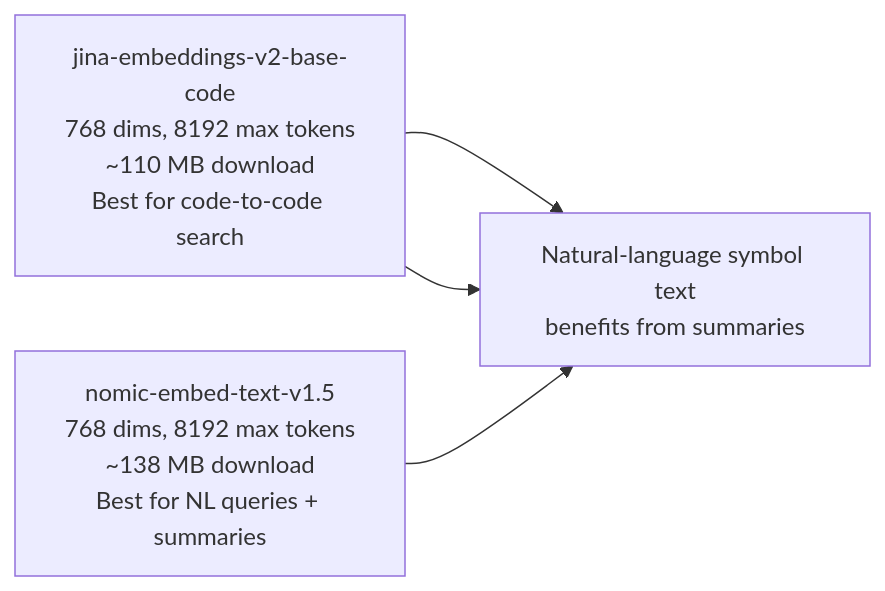
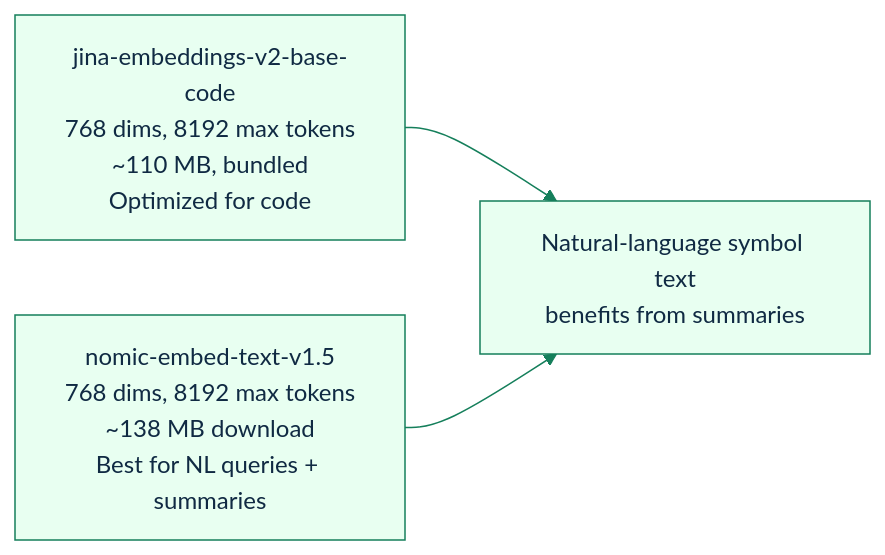
One commit to GlitterKill/sdl-mcp changed the fifth of 13 diagrams in docs/feature-deep-dives/semantic-engine.md. Above: the diagram before and after it, drawn with Mermaid. The commit also changed other lines of this file and 36 other files, not shown here.

````diff
--- a/docs/feature-deep-dives/semantic-engine.md
+++ b/docs/feature-deep-dives/semantic-engine.md
@@ -322,6 +326,7 @@
 ```mermaid
+%%{init: {"theme":"base","themeVariables":{"primaryColor":"#e8fff1","primaryBorderColor":"#157f5b","primaryTextColor":"#102a43","secondaryColor":"#eef6ff","secondaryBorderColor":"#2563eb","tertiaryColor":"#fff4d6","tertiaryBorderColor":"#b45309","lineColor":"#157f5b","fontFamily":"Trebuchet MS, Arial"},"flowchart":{"curve":"basis"}}}%%
 flowchart LR
     Jina["jina-embeddings-v2-base-code<br/>768 dims, 8192 max tokens<br/>~110 MB, bundled<br/>Optimized for code"] --> Shared["Natural-language symbol text<br/>benefits from summaries"]
     Nomic["nomic-embed-text-v1.5<br/>768 dims, 8192 max tokens<br/>~138 MB download<br/>Best for NL queries + summaries"] --> Shared
-    Jina["jina-embeddings-v2-base-code<br/>768 dims, 8192 max tokens<br/>~110 MB download<br/>Best for code-to-code search"] --> Shared
+
 ```
````
